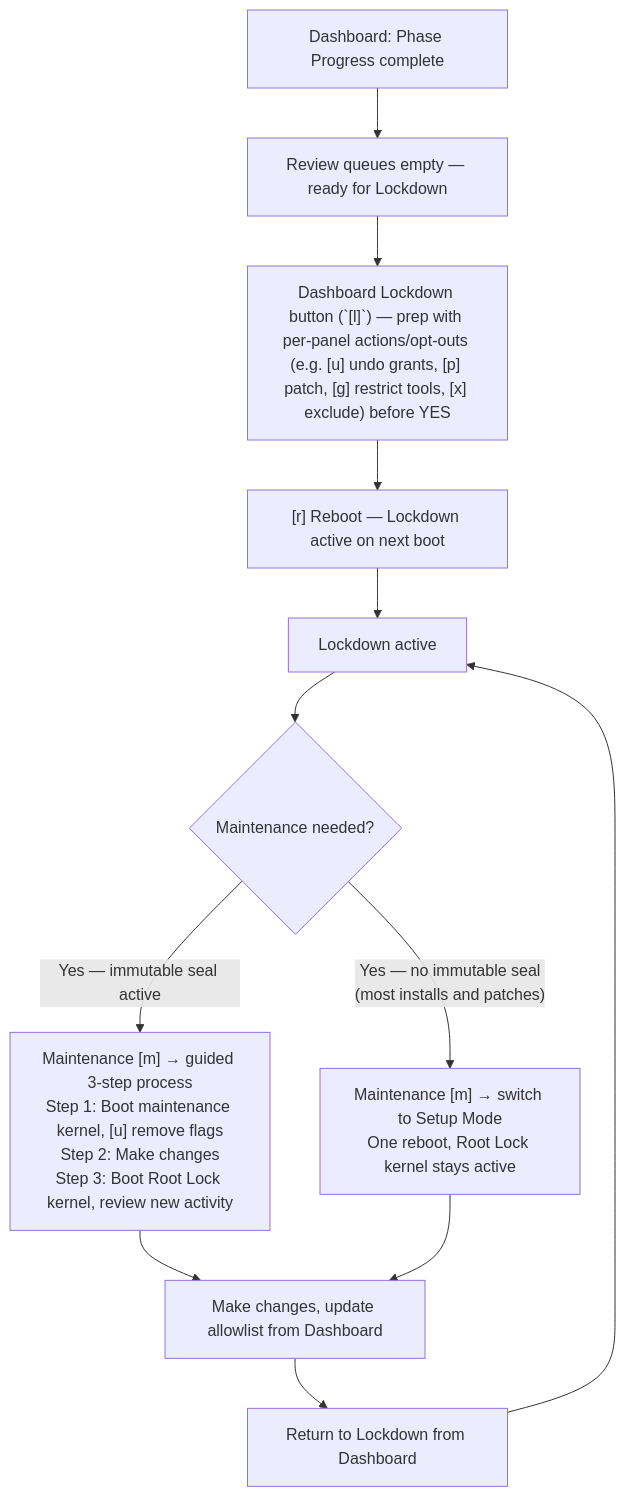
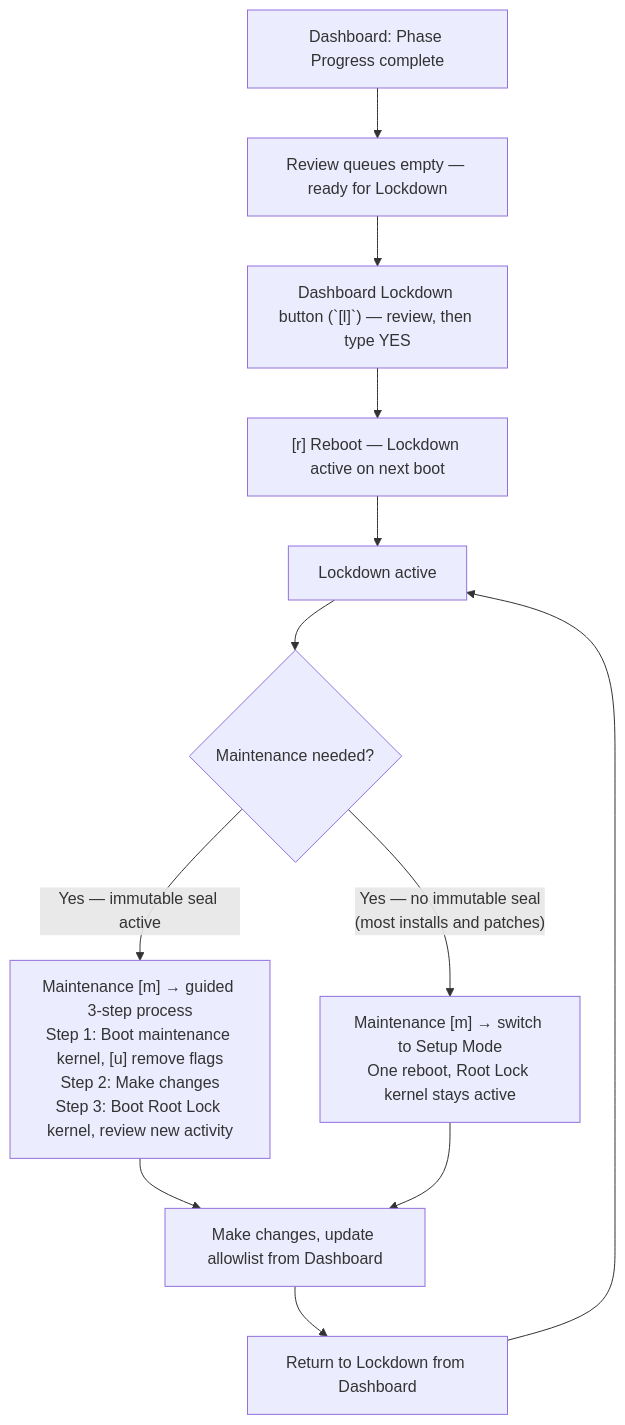
Before and after one commit to HeartSecuritySuite/heartsuite-docs: the diagram in content/en/docs/mode-switching/index.md, drawn with Mermaid. The commit also changed other lines of this file and 12 other files, not shown here.

````diff
--- a/content/en/docs/mode-switching/index.md
+++ b/content/en/docs/mode-switching/index.md
@@ -62,14 +62,14 @@
 ```mermaid
 graph TD
     A["Dashboard: Phase Progress complete"] --> B["Review queues empty — ready for Lockdown"];
-    B --> C["Dashboard Lockdown button (`[l]`) — prep with per-panel actions/opt-outs (e.g. [u] undo grants, [p] patch, [g] restrict tools, [x] exclude) before YES"];
+    B --> C["Dashboard Lockdown button (`[l]`) — review, then type YES"];
     C --> D["[r] Reboot — Lockdown active on next boot"];
     D --> E["Lockdown active"];
     E --> G{Maintenance needed?};
     G --> |"Yes — immutable seal active"| I["Maintenance [m] → guided 3-step process\nStep 1: Boot maintenance kernel, [u] remove flags\nStep 2: Make changes\nStep 3: Boot Root Lock kernel, review new activity"];
     G --> |"Yes — no immutable seal\n(most installs and patches)"| O["Maintenance [m] → switch to Setup Mode\nOne reboot, Root Lock kernel stays active"];
     I --> J["Make changes, update allowlist from Dashboard"];
     O --> J;
     J --> N["Return to Lockdown from Dashboard"];
     N --> E;
 ```
````
